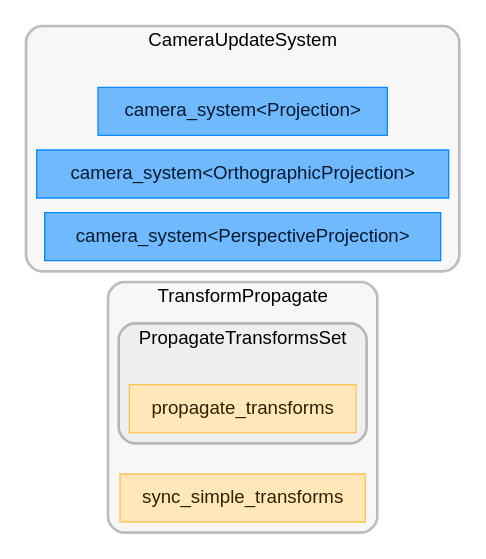
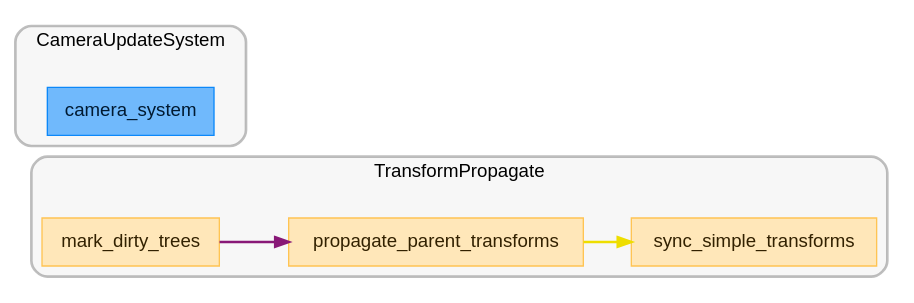
The diagram in docs/schedule/light/schedule_PostStartup.dot (jakobhellermann/bevy_mod_debugdump), drawn with Graphviz before and after one commit. The commit also changed 72 other files, not shown here.

```diff
--- a/docs/schedule/light/schedule_PostStartup.dot
+++ b/docs/schedule/light/schedule_PostStartup.dot
@@ -1,48 +1,38 @@
 digraph "" {
 	"compound"="true";
 	"splines"="spline";
 	"rankdir"="LR";
 	"bgcolor"="white";
 	"fontname"="Helvetica";
 	"nodesep"="0.15";
 	edge ["penwidth"="2"];
 	node ["shape"="box", "style"="filled"];
 	subgraph "clusternode_Set(1)" {
 		"style"="rounded,filled";
 		"label"="TransformPropagate";
 		"tooltip"="TransformPropagate";
 		"fillcolor"="#00000008";
 		"fontcolor"="#000000";
 		"color"="#00000040";
 		"penwidth"="2";
 		"set_marker_node_Set(1)" ["style"="invis", "label"="", "shape"="point"]
-		subgraph "clusternode_Set(0)" {
-			"style"="rounded,filled";
-			"label"="PropagateTransformsSet";
-			"tooltip"="PropagateTransformsSet";
-			"fillcolor"="#00000008";
-			"fontcolor"="#000000";
-			"color"="#00000040";
-			"penwidth"="2";
-			"set_marker_node_Set(0)" ["style"="invis", "label"="", "shape"="point"]
-			"node_System(1)" ["label"="propagate_transforms", "tooltip"="bevy_transform::systems::propagate_transforms", "fillcolor"="#ffe7b9", "fontname"="Helvetica", "fontcolor"="#322100", "color"="#ffc453", "penwidth"="1"]
-		}
-		
-		"node_System(0)" ["label"="sync_simple_transforms", "tooltip"="bevy_transform::systems::sync_simple_transforms", "fillcolor"="#ffe7b9", "fontname"="Helvetica", "fontcolor"="#322100", "color"="#ffc453", "penwidth"="1"]
+		"node_System(0)" ["label"="mark_dirty_trees", "tooltip"="bevy_transform::systems::mark_dirty_trees", "fillcolor"="#ffe7b9", "fontname"="Helvetica", "fontcolor"="#322100", "color"="#ffc453", "penwidth"="1"]
+		"node_System(1)" ["label"="propagate_parent_transforms", "tooltip"="bevy_transform::systems::parallel::propagate_parent_transforms", "fillcolor"="#ffe7b9", "fontname"="Helvetica", "fontcolor"="#322100", "color"="#ffc453", "penwidth"="1"]
+		"node_System(2)" ["label"="sync_simple_transforms", "tooltip"="bevy_transform::systems::sync_simple_transforms", "fillcolor"="#ffe7b9", "fontname"="Helvetica", "fontcolor"="#322100", "color"="#ffc453", "penwidth"="1"]
 	}
 	
 	subgraph "clusternode_Set(5)" {
 		"style"="rounded,filled";
 		"label"="CameraUpdateSystem";
 		"tooltip"="CameraUpdateSystem";
 		"fillcolor"="#00000008";
 		"fontcolor"="#000000";
 		"color"="#00000040";
 		"penwidth"="2";
 		"set_marker_node_Set(5)" ["style"="invis", "label"="", "shape"="point"]
-		"node_System(2)" ["label"="camera_system<Projection>", "tooltip"="bevy_render::camera::camera::camera_system<bevy_render::camera::projection::Projection>", "fillcolor"="#70b9fc", "fontname"="Helvetica", "fontcolor"="#011a31", "color"="#0c88f9", "penwidth"="1"]
-		"node_System(3)" ["label"="camera_system<OrthographicProjection>", "tooltip"="bevy_render::camera::camera::camera_system<bevy_render::camera::projection::OrthographicProjection>", "fillcolor"="#70b9fc", "fontname"="Helvetica", "fontcolor"="#011a31", "color"="#0c88f9", "penwidth"="1"]
-		"node_System(4)" ["label"="camera_system<PerspectiveProjection>", "tooltip"="bevy_render::camera::camera::camera_system<bevy_render::camera::projection::PerspectiveProjection>", "fillcolor"="#70b9fc", "fontname"="Helvetica", "fontcolor"="#011a31", "color"="#0c88f9", "penwidth"="1"]
+		"node_System(3)" ["label"="camera_system", "tooltip"="bevy_render::camera::camera::camera_system", "fillcolor"="#70b9fc", "fontname"="Helvetica", "fontcolor"="#011a31", "color"="#0c88f9", "penwidth"="1"]
 	}
 	
+	"node_System(1)" -> "node_System(2)" ["lhead"="", "ltail"="", "tooltip"="propagate_parent_transforms → sync_simple_transforms", "color"="#eede00"]
+	"node_System(0)" -> "node_System(1)" ["lhead"="", "ltail"="", "tooltip"="mark_dirty_trees → propagate_parent_transforms", "color"="#881877"]
 }
```
